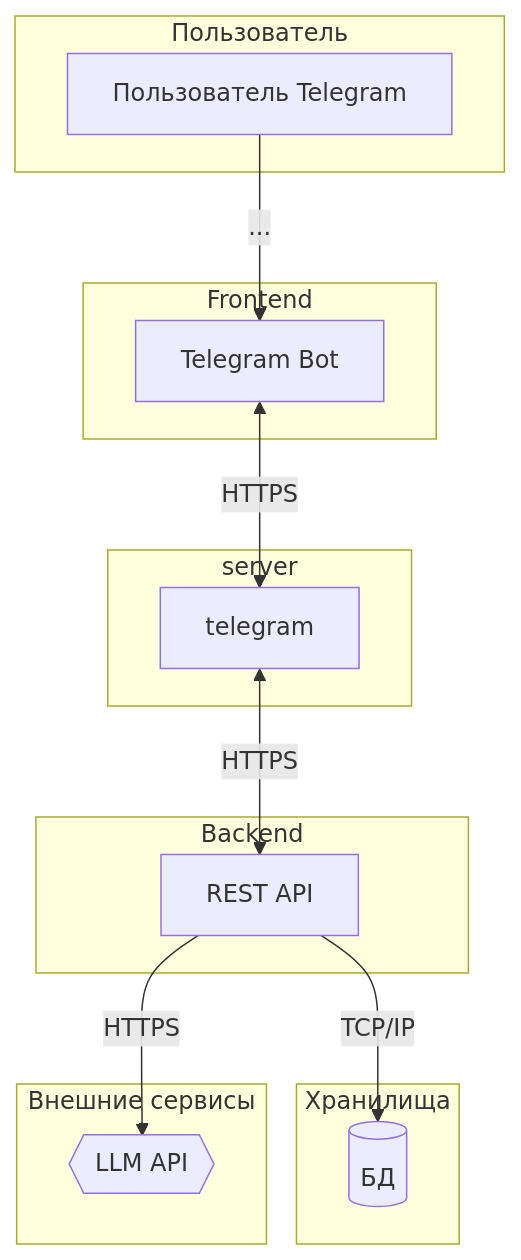
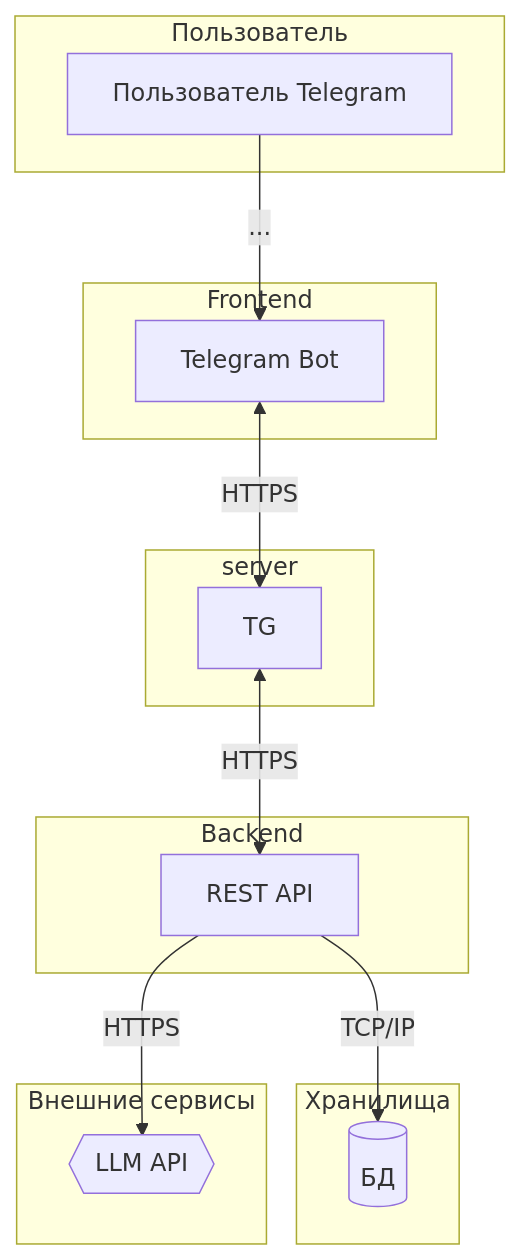
The diagram in Анастасия_Друзьянова/architect.MD (patolog123/Analyst-3.0), drawn with Mermaid before and after one commit.

````diff
--- a/Анастасия_Друзьянова/architect.MD
+++ b/Анастасия_Друзьянова/architect.MD
@@ -1,33 +1,33 @@
 ```mermaid
 graph TD
     subgraph "Пользователь"
         A[Пользователь Telegram]
     end
 
     subgraph "Frontend"
         B[Telegram Bot]
     end
     
     subgraph "server"
-        C[telegram]
+        C[TG]
     end
 
     subgraph "Backend"
         D[REST API]
     end
 
     subgraph "Хранилища"
         E[(БД)]
     end
 
     subgraph "Внешние сервисы"
         F{{LLM API}}
     end
 
     %% Связи между компонентами
     A -- ... --> B
     B <-- HTTPS --> C
     C <-- HTTPS --> D
     D -- TCP/IP --> E
     D -- HTTPS --> F
 ```
````
